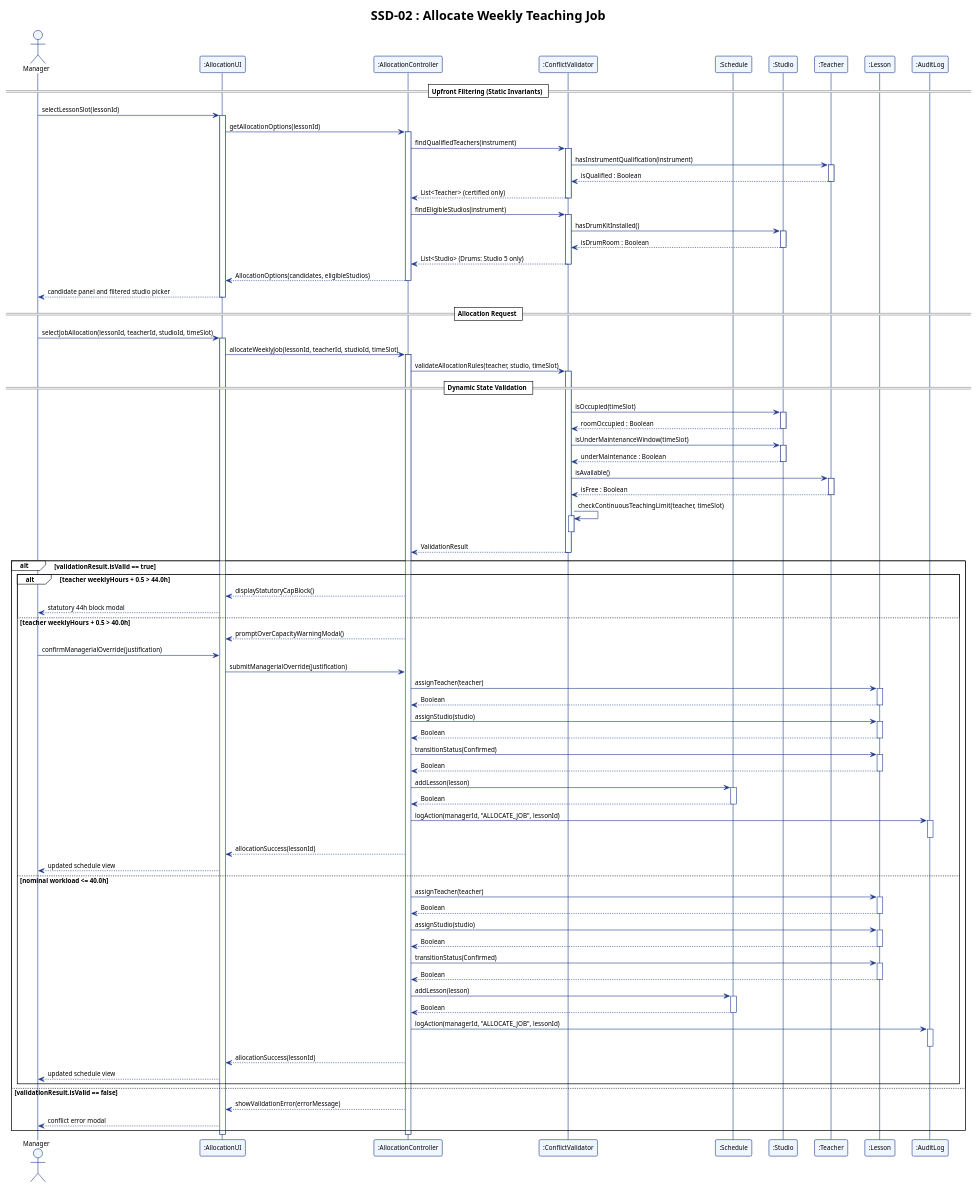
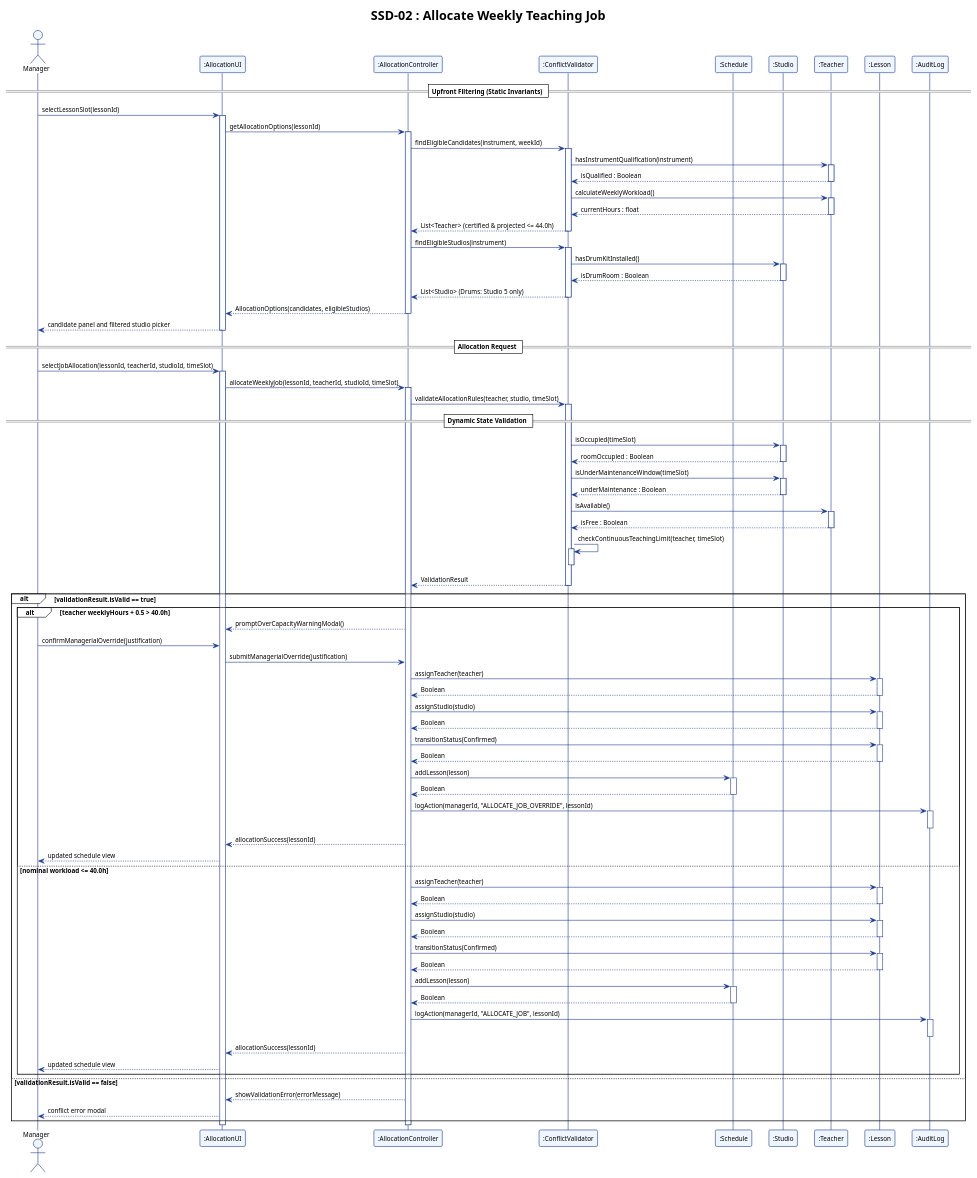
Before and after one commit to adoreblvnk/2001temp: the diagram in report/assets/ssd_02.puml, drawn with PlantUML. The commit also changed 7 other files, not shown here.

```diff
--- a/report/assets/ssd_02.puml
+++ b/report/assets/ssd_02.puml
@@ -1,143 +1,144 @@
 @startuml ssd_02
 !theme plain
 skinparam shadowing false
 skinparam defaultFontName "Helvetica", "Arial", sans-serif
 skinparam defaultFontSize 11
 skinparam sequence {
     ParticipantBorderColor #1E3A8A
     ParticipantBackgroundColor #EFF6FF
     LifeLineBorderColor #1E3A8A
     LifeLineBackgroundColor #FFFFFF
     ArrowColor #1E3A8A
     ActorBorderColor #1E3A8A
     ActorBackgroundColor #EFF6FF
 }
 
 title SSD-02 : Allocate Weekly Teaching Job
 
 actor "Manager" as M
 participant ":AllocationUI" as UI
 participant ":AllocationController" as AC
 participant ":ConflictValidator" as CV
 participant ":Schedule" as S
 participant ":Studio" as St
 participant ":Teacher" as T
 participant ":Lesson" as L
 participant ":AuditLog" as AL
 
 == Upfront Filtering (Static Invariants) ==
 
 M -> UI : selectLessonSlot(lessonId)
 activate UI
 UI -> AC : getAllocationOptions(lessonId)
 activate AC
-AC -> CV : findQualifiedTeachers(instrument)
+AC -> CV : findEligibleCandidates(instrument, weekId)
 activate CV
 CV -> T : hasInstrumentQualification(instrument)
 activate T
 T --> CV : isQualified : Boolean
 deactivate T
-CV --> AC : List<Teacher> (certified only)
+CV -> T : calculateWeeklyWorkload()
+activate T
+T --> CV : currentHours : float
+deactivate T
+CV --> AC : List<Teacher> (certified & projected <= 44.0h)
 deactivate CV
 AC -> CV : findEligibleStudios(instrument)
 activate CV
 CV -> St : hasDrumKitInstalled()
 activate St
 St --> CV : isDrumRoom : Boolean
 deactivate St
 CV --> AC : List<Studio> (Drums: Studio 5 only)
 deactivate CV
 AC --> UI : AllocationOptions(candidates, eligibleStudios)
 deactivate AC
 UI --> M : candidate panel and filtered studio picker
 deactivate UI
 
 == Allocation Request ==
 
 M -> UI : selectJobAllocation(lessonId, teacherId, studioId, timeSlot)
 activate UI
 UI -> AC : allocateWeeklyJob(lessonId, teacherId, studioId, timeSlot)
 activate AC
 
 AC -> CV : validateAllocationRules(teacher, studio, timeSlot)
 activate CV
 
 == Dynamic State Validation ==
 CV -> St : isOccupied(timeSlot)
 activate St
 St --> CV : roomOccupied : Boolean
 deactivate St
 CV -> St : isUnderMaintenanceWindow(timeSlot)
 activate St
 St --> CV : underMaintenance : Boolean
 deactivate St
 CV -> T : isAvailable()
 activate T
 T --> CV : isFree : Boolean
 deactivate T
 CV -> CV : checkContinuousTeachingLimit(teacher, timeSlot)
 activate CV
 deactivate CV
 CV --> AC : ValidationResult
 deactivate CV
 
 alt validationResult.isValid == true
-    alt teacher weeklyHours + 0.5 > 44.0h
-        AC --> UI : displayStatutoryCapBlock()
-        UI --> M : statutory 44h block modal
-    else teacher weeklyHours + 0.5 > 40.0h
+    alt teacher weeklyHours + 0.5 > 40.0h
         AC --> UI : promptOverCapacityWarningModal()
         M -> UI : confirmManagerialOverride(justification)
         UI -> AC : submitManagerialOverride(justification)
         AC -> L : assignTeacher(teacher)
         activate L
         L --> AC : Boolean
         deactivate L
         AC -> L : assignStudio(studio)
         activate L
         L --> AC : Boolean
         deactivate L
         AC -> L : transitionStatus(Confirmed)
         activate L
         L --> AC : Boolean
         deactivate L
         AC -> S : addLesson(lesson)
         activate S
         S --> AC : Boolean
         deactivate S
-        AC -> AL : logAction(managerId, "ALLOCATE_JOB", lessonId)
+        AC -> AL : logAction(managerId, "ALLOCATE_JOB_OVERRIDE", lessonId)
         activate AL
         deactivate AL
         AC --> UI : allocationSuccess(lessonId)
         UI --> M : updated schedule view
     else nominal workload <= 40.0h
         AC -> L : assignTeacher(teacher)
         activate L
         L --> AC : Boolean
         deactivate L
         AC -> L : assignStudio(studio)
         activate L
         L --> AC : Boolean
         deactivate L
         AC -> L : transitionStatus(Confirmed)
         activate L
         L --> AC : Boolean
         deactivate L
         AC -> S : addLesson(lesson)
         activate S
         S --> AC : Boolean
         deactivate S
         AC -> AL : logAction(managerId, "ALLOCATE_JOB", lessonId)
         activate AL
         deactivate AL
         AC --> UI : allocationSuccess(lessonId)
         UI --> M : updated schedule view
     end
 else validationResult.isValid == false
     AC --> UI : showValidationError(errorMessage)
     UI --> M : conflict error modal
 end
 
 deactivate AC
 deactivate UI
 @enduml
```
